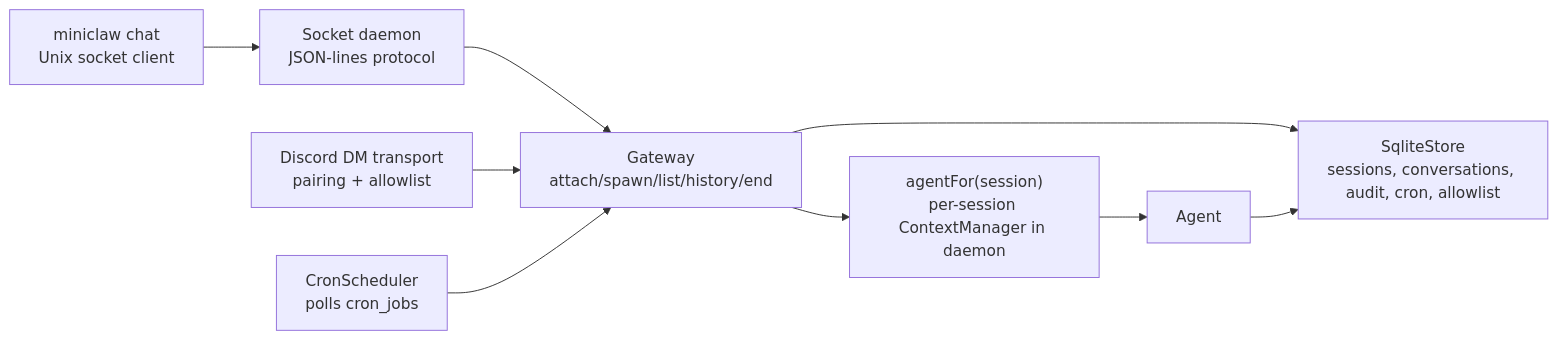
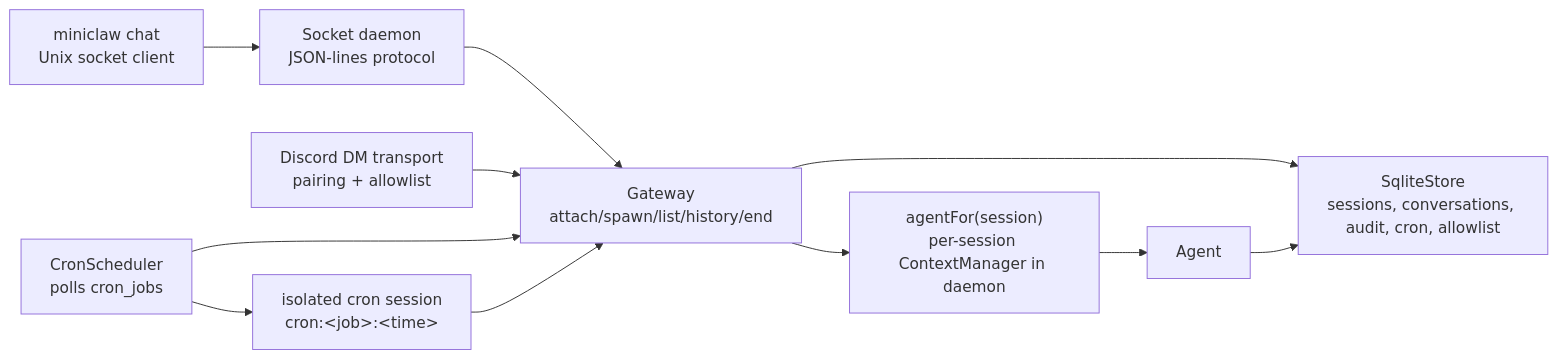
Before and after one commit to Crazy-Faust/miniclaw: the third of 6 diagrams in docs/ARCHITECTURE.md, drawn with Mermaid. The commit also changed other lines of this file and 17 other files, not shown here.

````diff
--- a/docs/ARCHITECTURE.md
+++ b/docs/ARCHITECTURE.md
@@ -149,20 +151,23 @@
 ```mermaid
 flowchart LR
   chat["miniclaw chat<br/>Unix socket client"]
   discord["Discord DM transport<br/>pairing + allowlist"]
   daemon["Socket daemon<br/>JSON-lines protocol"]
   gateway["Gateway<br/>attach/spawn/list/history/end"]
   scheduler["CronScheduler<br/>polls cron_jobs"]
+  cronSession["isolated cron session<br/>cron:&lt;job&gt;:&lt;time&gt;"]
   store["SqliteStore<br/>sessions, conversations, audit, cron, allowlist"]
   agentFactory["agentFor(session)<br/>per-session ContextManager in daemon"]
   agent["Agent"]
 
   chat --> daemon
   daemon --> gateway
   discord --> gateway
   scheduler --> gateway
+  scheduler --> cronSession
+  cronSession --> gateway
   gateway --> store
   gateway --> agentFactory
   agentFactory --> agent
   agent --> store
 ```
````
